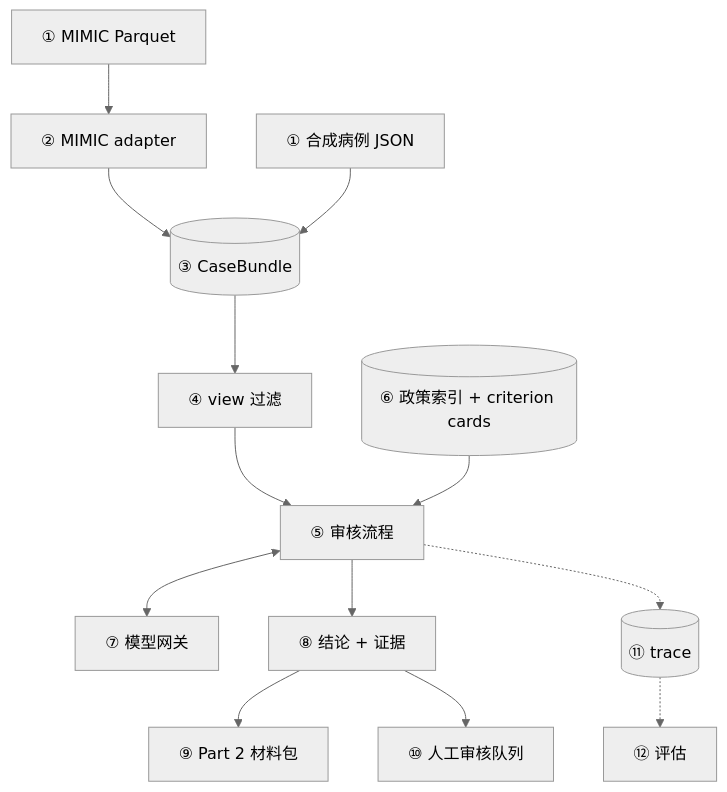
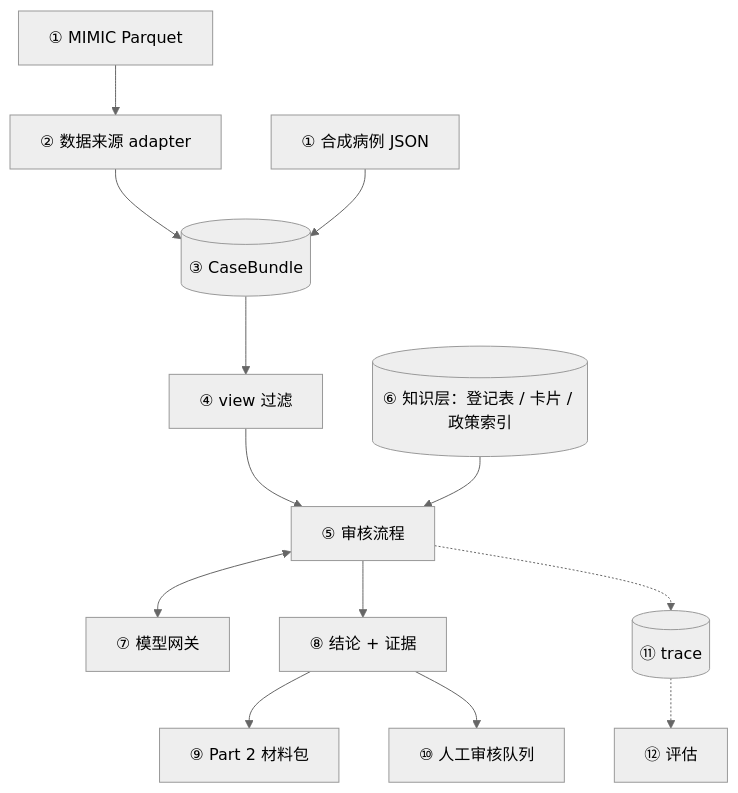
The first of 11 diagrams in plan/snf_pa_consensus_work_plan_1025.md (cherry-nancy/claims_agentic_system), drawn with Mermaid (neutral theme) before and after one commit. The commit also changed other lines of this file and 33 other files, not shown here.

````diff
--- a/plan/snf_pa_consensus_work_plan_1025.md
+++ b/plan/snf_pa_consensus_work_plan_1025.md
@@ -108,15 +110,15 @@
 ```mermaid
 flowchart TD
-  A1["① MIMIC Parquet"] --> AD["② MIMIC adapter"]
+  A1["① MIMIC Parquet"] --> AD["② 数据来源 adapter"]
   AD --> CB[("③ CaseBundle")]
   A2["① 合成病例 JSON"] --> CB
   CB --> VW["④ view 过滤"]
   VW --> WF["⑤ 审核流程"]
-  KB[("⑥ 政策索引 + criterion cards")] --> WF
+  KB[("⑥ 知识层：登记表 / 卡片 / 政策索引")] --> WF
   WF <--> GW["⑦ 模型网关"]
   WF --> RS["⑧ 结论 + 证据"]
   RS --> P2["⑨ Part 2 材料包"]
   RS --> HQ["⑩ 人工审核队列"]
   WF -.-> TR[("⑪ trace")]
   TR -.-> EV["⑫ 评估"]
 ```
````
